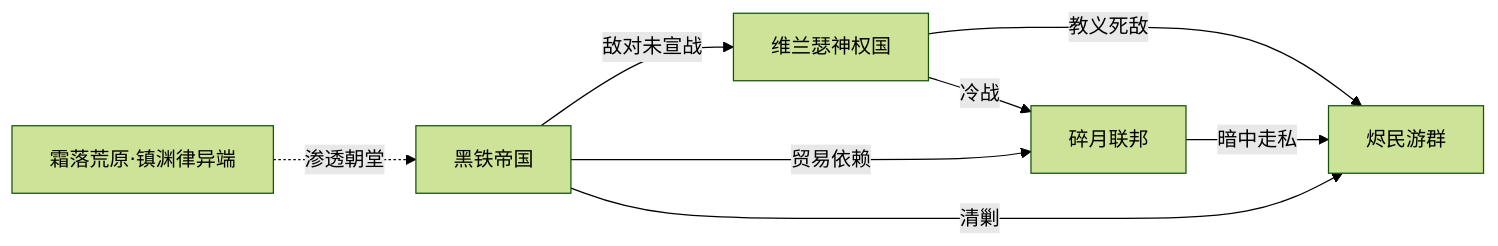
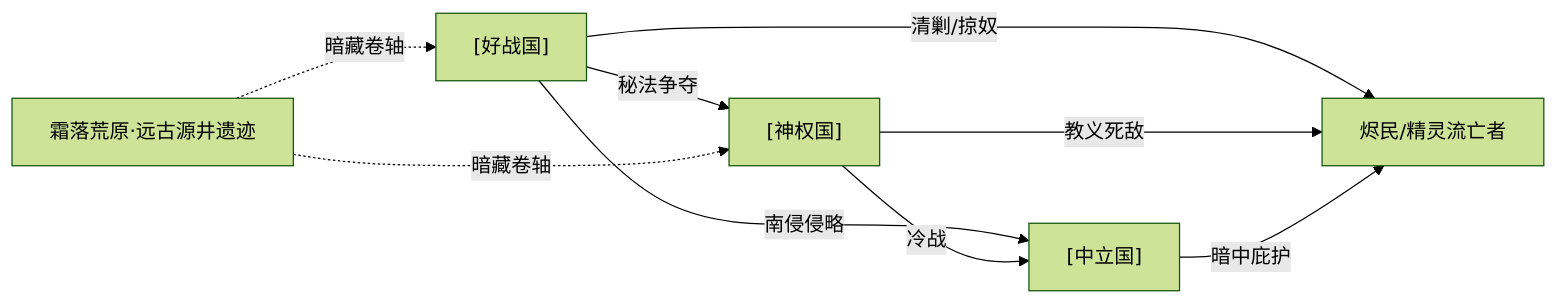
Before and after one commit to hunmer/pixel_world: the diagram in story/02_nations.md, drawn with Mermaid (forest theme). The commit also changed other lines of this file and 13 other files, not shown here.

````diff
--- a/story/02_nations.md
+++ b/story/02_nations.md
@@ -247,10 +256,11 @@
 ```mermaid
 graph LR
-    A[黑铁帝国] -->|敌对未宣战| B[维兰瑟神权国]
-    A -->|贸易依赖| C[碎月联邦]
-    A -->|清剿| D[烬民游群]
+    A["[好战国]"] -->|秘法争夺| B["[神权国]"]
+    A -->|南侵侵略| C["[中立国]"]
+    A -->|清剿/掠奴| D["烬民/精灵流亡者"]
     B -->|教义死敌| D
     B -->|冷战| C
-    C -->|暗中走私| D
-    E[霜落荒原·镇渊律异端] -.->|渗透朝堂| A
+    C -->|暗中庇护| D
+    E["霜落荒原·远古源井遗迹"] -.->|暗藏卷轴| A
+    E -.->|暗藏卷轴| B
 ```
````
